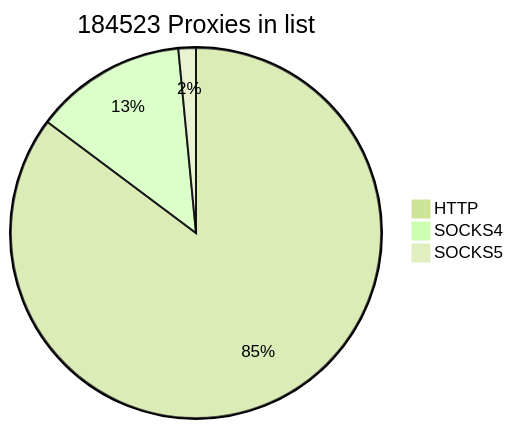
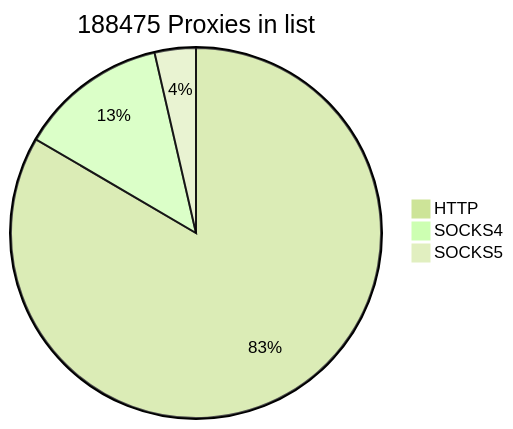
One commit to cutipu/proxylist changed the first of 2 diagrams in README.md. Above: the diagram before and after it, drawn with Mermaid (forest theme). The commit also changed other lines of this file, not shown here.

````diff
--- a/README.md
+++ b/README.md
@@ -2,7 +2,7 @@
 ```mermaid
-pie title 184523 Proxies in list
-    "HTTP" : 157245
-    "SOCKS4" : 24461
-    "SOCKS5" : 2817
+pie title 188475 Proxies in list
+    "HTTP" : 157239
+    "SOCKS4" : 24456
+    "SOCKS5" : 6780
             
 ```
````
